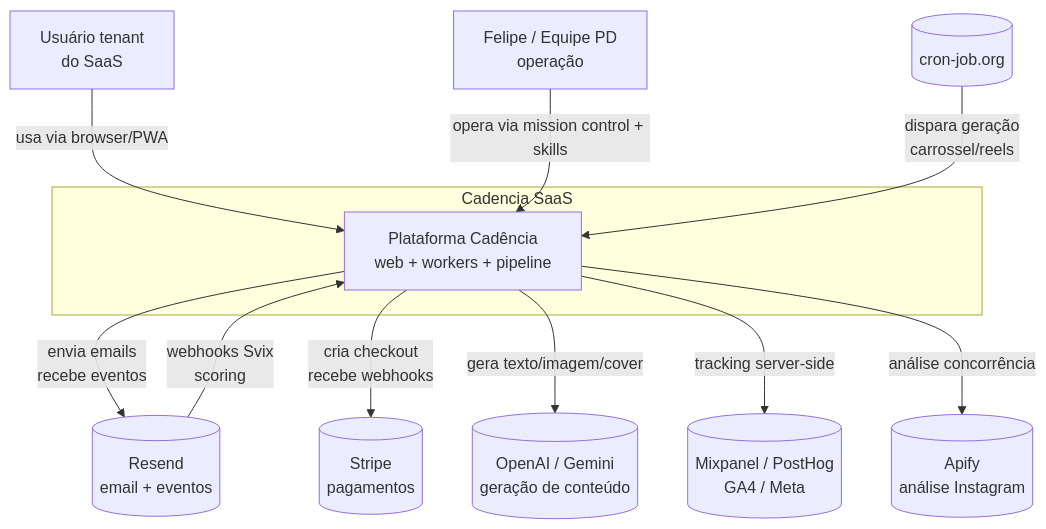
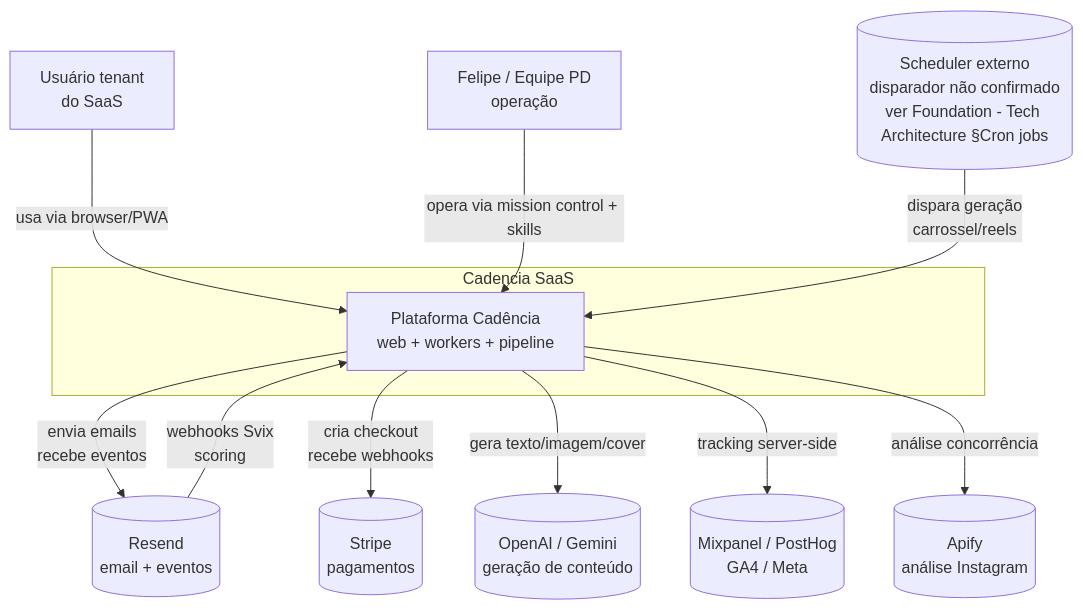
The first of 2 diagrams in docs/cadencia-app/architecture/architecture.md (Posicionamento-Digital/cadencia-docs), drawn with Mermaid before and after one commit. The commit also changed other lines of this file and 4 other files, not shown here.

First line of the commit message:
docs(cadencia-app): fix drift cron-job.org — disparador de workers inconclusivo (DEV-1447)

````diff
--- a/docs/cadencia-app/architecture/architecture.md
+++ b/docs/cadencia-app/architecture/architecture.md
@@ -7,25 +7,25 @@
 ```mermaid
 graph TB
     Usuario[Usuário tenant<br/>do SaaS]
     Felipe[Felipe / Equipe PD<br/>operação]
     Resend[(Resend<br/>email + eventos)]
     Stripe[(Stripe<br/>pagamentos)]
     LLM[(OpenAI / Gemini<br/>geração de conteúdo)]
     Mixpanel[(Mixpanel / PostHog<br/>GA4 / Meta)]
     Apify[(Apify<br/>análise Instagram)]
-    Cron[(cron-job.org)]
+    Cron[(Scheduler externo<br/>disparador não confirmado<br/>ver Foundation - Tech Architecture §Cron jobs)]
 
     subgraph Cadencia [Cadencia SaaS]
         App[Plataforma Cadência<br/>web + workers + pipeline]
     end
 
     Usuario -->|usa via browser/PWA| App
     Felipe -->|opera via mission control + skills| App
     App -->|envia emails<br/>recebe eventos| Resend
     App -->|cria checkout<br/>recebe webhooks| Stripe
     App -->|gera texto/imagem/cover| LLM
     App -->|tracking server-side| Mixpanel
     App -->|análise concorrência| Apify
     Cron -->|dispara geração<br/>carrossel/reels| App
     Resend -->|webhooks Svix<br/>scoring| App
 ```
````
